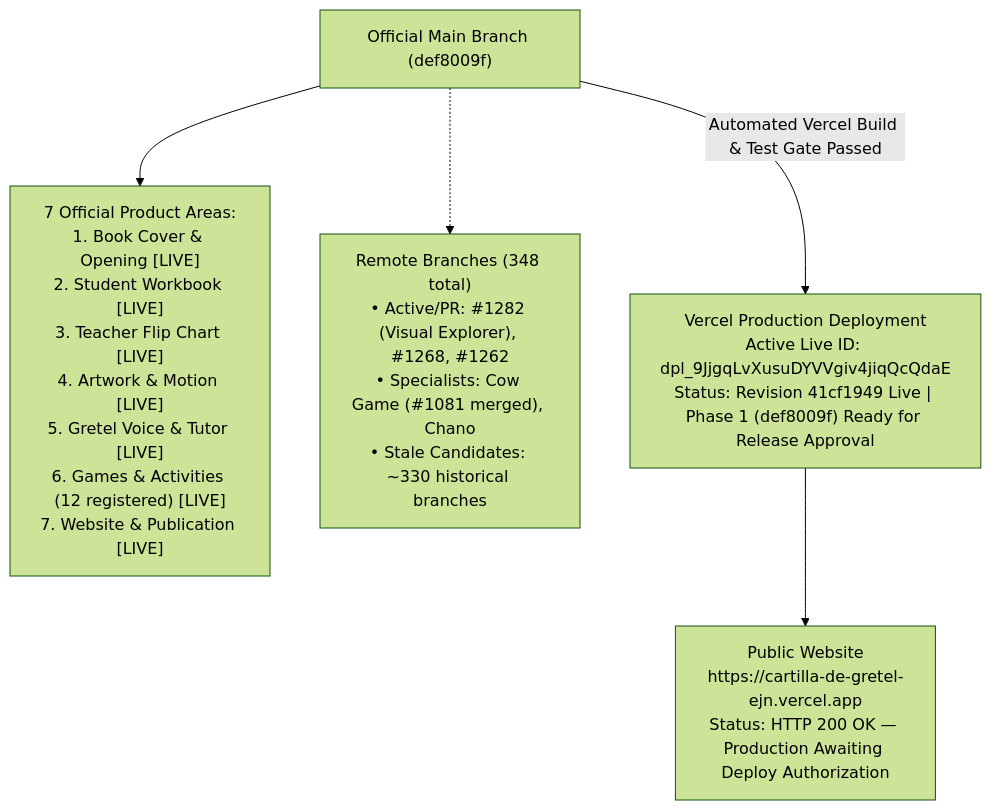
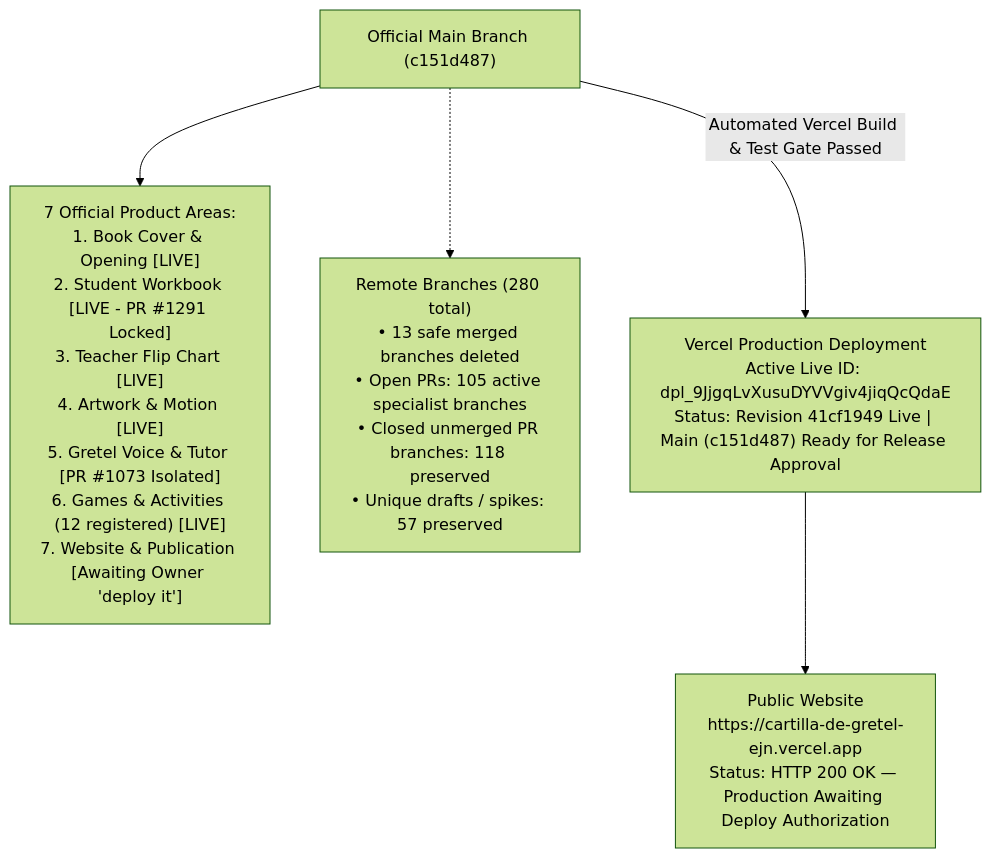
One commit to ejnburrows-rgb/cartilla-de-gretel changed the first of 2 diagrams in docs/OWNER-VISUAL-STATUS.md. Above: the diagram before and after it, drawn with Mermaid (forest theme). The commit also changed other lines of this file, not shown here.

Commit message:
docs: sync visual status with commit c151d487, deployment gating, and 280 remote branches (#1292)

````diff
--- a/docs/OWNER-VISUAL-STATUS.md
+++ b/docs/OWNER-VISUAL-STATUS.md
@@ -16,13 +16,13 @@
 ```mermaid
 flowchart TD
-    MAIN["Official Main Branch (def8009f)"]
-    AREAS["7 Official Product Areas:<br/>1. Book Cover & Opening [LIVE]<br/>2. Student Workbook [LIVE]<br/>3. Teacher Flip Chart [LIVE]<br/>4. Artwork & Motion [LIVE]<br/>5. Gretel Voice & Tutor [LIVE]<br/>6. Games & Activities (12 registered) [LIVE]<br/>7. Website & Publication [LIVE]"]
-    BRANCHES["Remote Branches (348 total)<br/>• Active/PR: #1282 (Visual Explorer), #1268, #1262<br/>• Specialists: Cow Game (#1081 merged), Chano<br/>• Stale Candidates: ~330 historical branches"]
-    VERCEL["Vercel Production Deployment<br/>Active Live ID: dpl_9JjgqLvXusuDYVVgiv4jiqQcQdaE<br/>Status: Revision 41cf1949 Live | Phase 1 (def8009f) Ready for Release Approval"]
+    MAIN["Official Main Branch (c151d487)"]
+    AREAS["7 Official Product Areas:<br/>1. Book Cover & Opening [LIVE]<br/>2. Student Workbook [LIVE - PR #1291 Locked]<br/>3. Teacher Flip Chart [LIVE]<br/>4. Artwork & Motion [LIVE]<br/>5. Gretel Voice & Tutor [PR #1073 Isolated]<br/>6. Games & Activities (12 registered) [LIVE]<br/>7. Website & Publication [Awaiting Owner 'deploy it']"]
+    BRANCHES["Remote Branches (280 total)<br/>• 13 safe merged branches deleted<br/>• Open PRs: 105 active specialist branches<br/>• Closed unmerged PR branches: 118 preserved<br/>• Unique drafts / spikes: 57 preserved"]
+    VERCEL["Vercel Production Deployment<br/>Active Live ID: dpl_9JjgqLvXusuDYVVgiv4jiqQcQdaE<br/>Status: Revision 41cf1949 Live | Main (c151d487) Ready for Release Approval"]
     LIVE["Public Website<br/>https://cartilla-de-gretel-ejn.vercel.app<br/>Status: HTTP 200 OK — Production Awaiting Deploy Authorization"]
 
     MAIN --> AREAS
     MAIN -.-> BRANCHES
     MAIN -->|Automated Vercel Build & Test Gate Passed| VERCEL
     VERCEL --> LIVE
 ```
````
